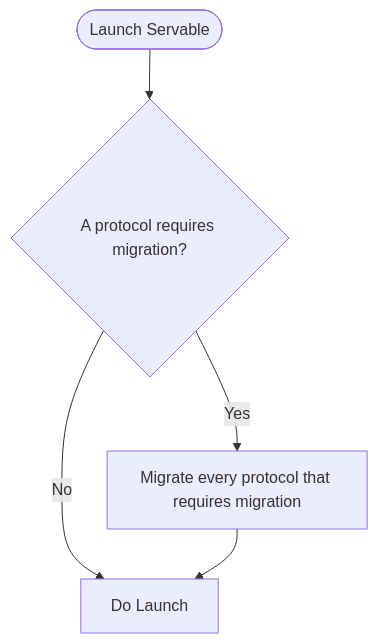
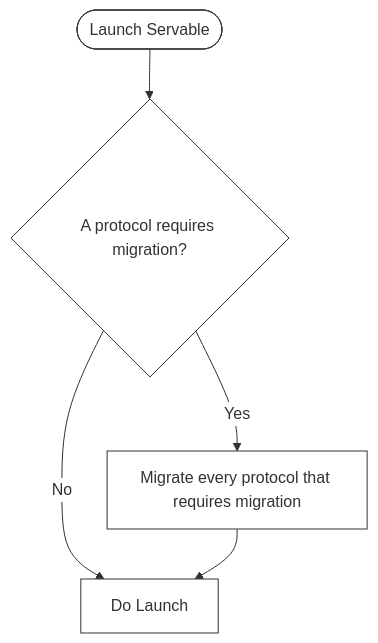
One commit to servable-community/publishable changed the diagram in src/index.md. Above: the diagram before and after it, drawn with Mermaid. The commit also changed 7 other files, not shown here.

Commit message:
Changed mermaid

````diff
--- a/src/index.md
+++ b/src/index.md
@@ -6,7 +6,19 @@
 ```mermaid
+%%{
+  init: {
+    'theme': 'base',
+    'themeVariables': {
+      'primaryColor': '#fff',
+      'primaryTextColor': '#323232',
+      'primaryBorderColor': '#323232',
+      'lineColor': '#323232',
+      'fontFamily': 'Space Grotesk'
+    }
+  }
+}%%
 flowchart TD
     start([Launch Servable]) --> requiresMigration{A protocol requires migration?}
     requiresMigration -- Yes --> migrate[Migrate every protocol that requires migration]
     requiresMigration -- No --> doLaunch[Do Launch]
     migrate --> doLaunch[Do Launch]
 ```
````
